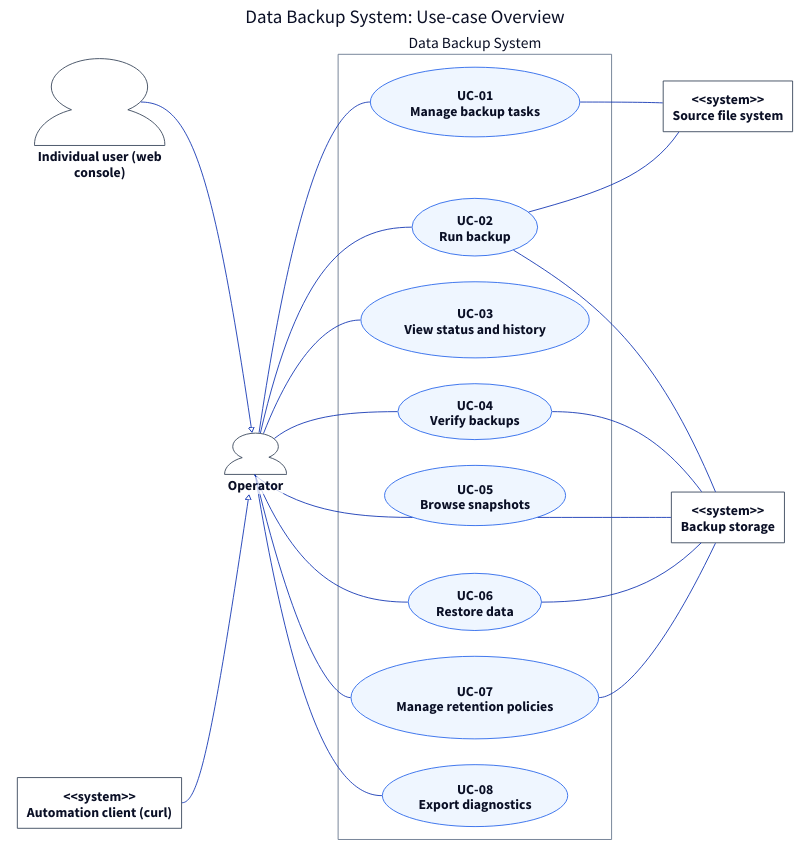
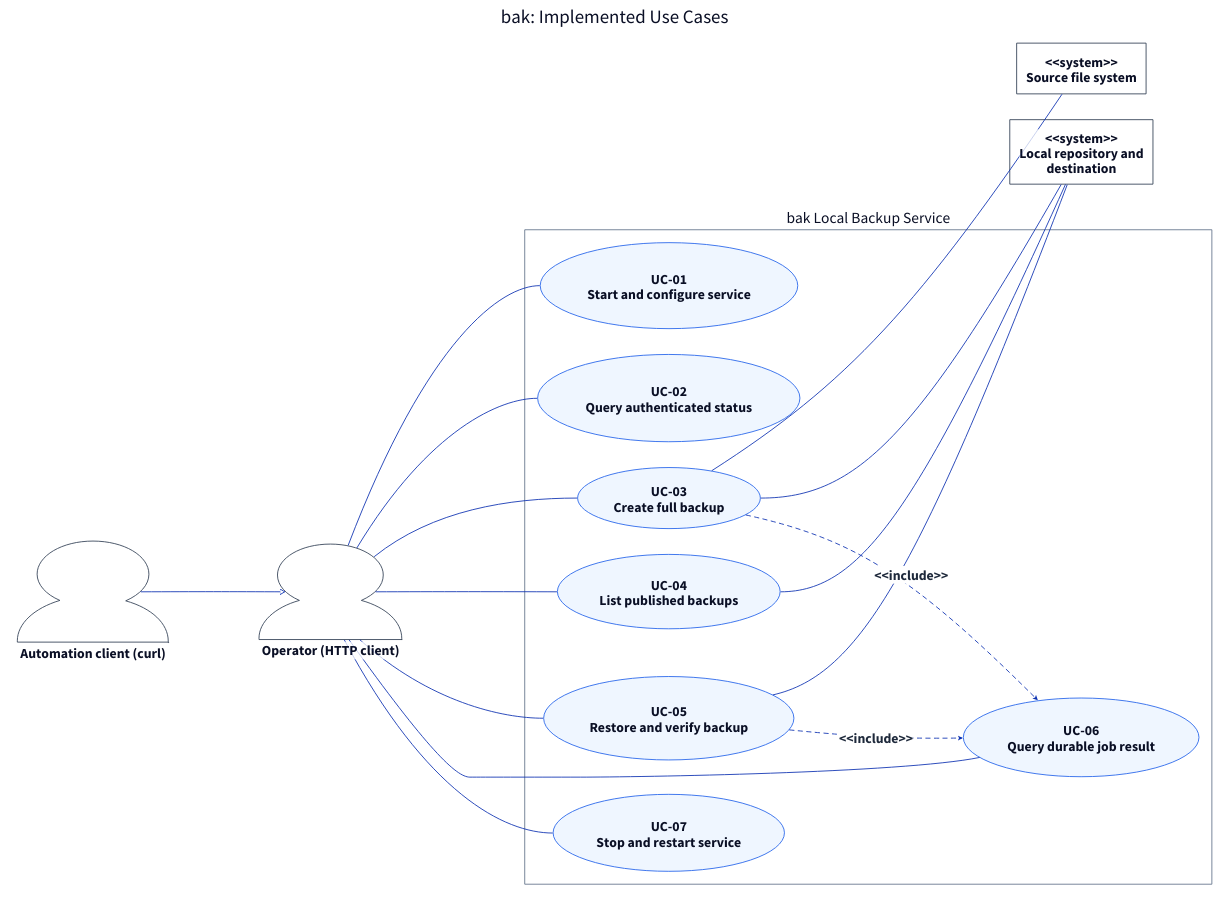
One commit to qi7876/software-development-exp changed the diagram in docs/report/generated/use-case-overview.d2. Above: the diagram before and after it, drawn with D2. The commit also changed 34 other files, not shown here.

```diff
--- a/docs/report/generated/use-case-overview.d2
+++ b/docs/report/generated/use-case-overview.d2
@@ -1,98 +1,85 @@
 # Generated from docs/report/use-cases.yaml; do not edit directly.
 direction: right
 **.style.font-size: 32
 (** -> **)[*].style: {font-size: 32; bold: true; italic: false; font-color: "#1E293B"}
 (** -- **)[*].style: {font-size: 32; bold: true; italic: false; font-color: "#1E293B"}
 (** <- **)[*].style: {font-size: 32; bold: true; italic: false; font-color: "#1E293B"}
-diagram: "Data Backup System: Use-case Overview" {
+diagram: "bak: Implemented Use Cases" {
   style.font-size: 44
   style.fill: white
   style.stroke: transparent
-  CLIENT: "Operator" {
+  CLIENT: "Operator (HTTP client)" {
     shape: person
     style.stroke: "#334155"
     style.fill: white
   }
-  USR: "Individual user (web\nconsole)" {
+  AUT: "Automation client (curl)" {
     shape: person
-    style.stroke: "#334155"
-    style.fill: white
-  }
-  AUT: "<<system>>\nAutomation client (curl)" {
-    shape: rectangle
     style.stroke: "#334155"
     style.fill: white
   }
   SRC: "<<system>>\nSource file system" {
     shape: rectangle
     style.stroke: "#334155"
     style.fill: white
   }
-  TGT: "<<system>>\nBackup storage" {
+  TGT: "<<system>>\nLocal repository and\ndestination" {
     shape: rectangle
     style.stroke: "#334155"
     style.fill: white
   }
-  system: "Data Backup System" {
+  system: "bak Local Backup Service" {
     style.font-size: 36
     style.stroke: "#64748B"
     style.fill: white
-    UC_01: "UC-01\nManage backup tasks" {
+    UC_01: "UC-01\nStart and configure service" {
       shape: oval
       style.stroke: "#2563EB"
       style.fill: "#EFF6FF"
     }
-    UC_02: "UC-02\nRun backup" {
+    UC_02: "UC-02\nQuery authenticated status" {
       shape: oval
       style.stroke: "#2563EB"
       style.fill: "#EFF6FF"
     }
-    UC_03: "UC-03\nView status and history" {
+    UC_03: "UC-03\nCreate full backup" {
       shape: oval
       style.stroke: "#2563EB"
       style.fill: "#EFF6FF"
     }
-    UC_04: "UC-04\nVerify backups" {
+    UC_04: "UC-04\nList published backups" {
       shape: oval
       style.stroke: "#2563EB"
       style.fill: "#EFF6FF"
     }
-    UC_05: "UC-05\nBrowse snapshots" {
+    UC_05: "UC-05\nRestore and verify backup" {
       shape: oval
       style.stroke: "#2563EB"
       style.fill: "#EFF6FF"
     }
-    UC_06: "UC-06\nRestore data" {
+    UC_06: "UC-06\nQuery durable job result" {
       shape: oval
       style.stroke: "#2563EB"
       style.fill: "#EFF6FF"
     }
-    UC_07: "UC-07\nManage retention policies" {
-      shape: oval
-      style.stroke: "#2563EB"
-      style.fill: "#EFF6FF"
-    }
-    UC_08: "UC-08\nExport diagnostics" {
+    UC_07: "UC-07\nStop and restart service" {
       shape: oval
       style.stroke: "#2563EB"
       style.fill: "#EFF6FF"
     }
   }
   CLIENT -- system.UC_01
   CLIENT -- system.UC_02
   CLIENT -- system.UC_03
   CLIENT -- system.UC_04
   CLIENT -- system.UC_05
   CLIENT -- system.UC_06
   CLIENT -- system.UC_07
-  CLIENT -- system.UC_08
-  system.UC_01 -- SRC
-  system.UC_02 -- SRC
-  system.UC_02 -- TGT
+  system.UC_03 -- SRC
+  system.UC_03 -- TGT
   system.UC_04 -- TGT
   system.UC_05 -- TGT
-  system.UC_06 -- TGT
-  system.UC_07 -- TGT
-  USR -> CLIENT: {target-arrowhead.style.filled: false}
   AUT -> CLIENT: {target-arrowhead.style.filled: false}
+  system.UC_03 -> system.UC_06: "<<include>>" {style.stroke-dash: 5; target-arrowhead.shape: arrow}
+  system.UC_05 -> system.UC_06: "<<include>>" {style.stroke-dash: 5; target-arrowhead.shape: arrow}
 }
```
